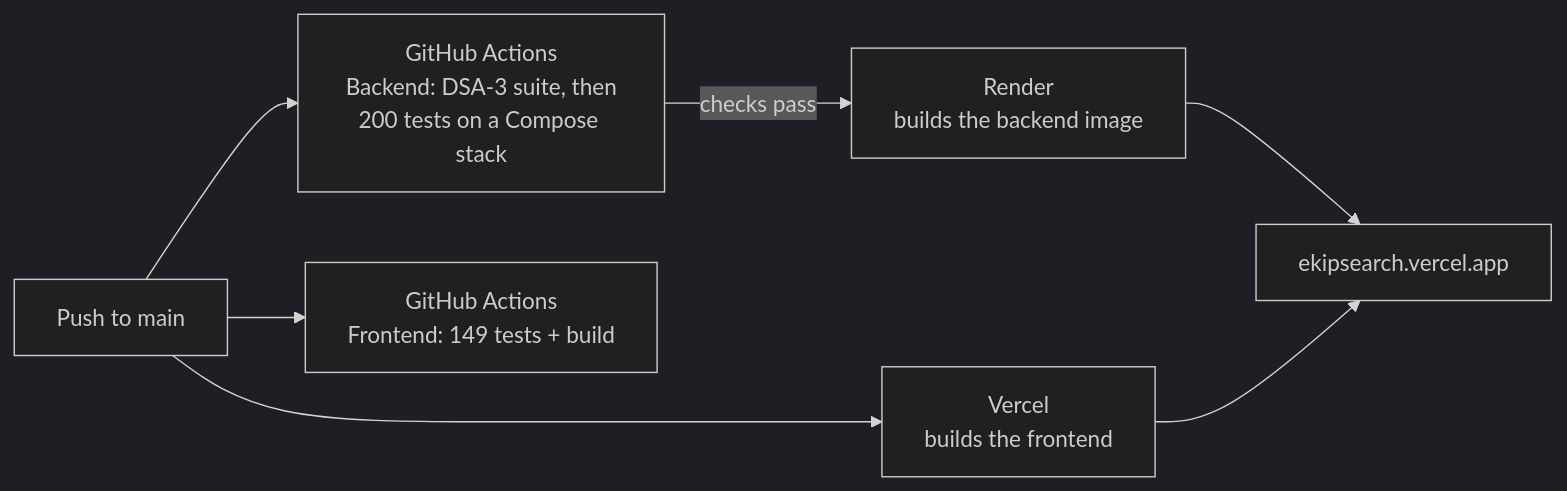
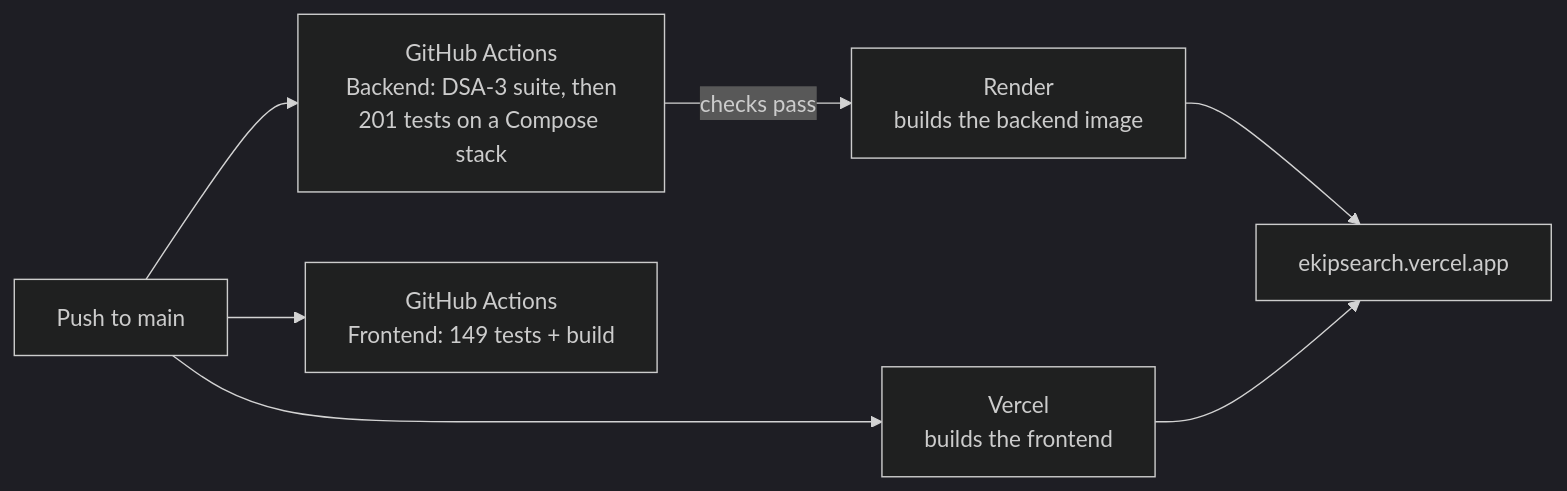
One commit to SathyaMaragani/Enterprise-Knowledge-Intelligence-Platform changed the seventh of 7 diagrams in docs/PROJECT_OVERVIEW.md. Above: the diagram before and after it, drawn with Mermaid (dark theme). The commit also changed other lines of this file and 6 other files, not shown here.

````diff
--- a/docs/PROJECT_OVERVIEW.md
+++ b/docs/PROJECT_OVERVIEW.md
@@ -357,9 +357,9 @@
 ```mermaid
 flowchart LR
-    GH[Push to main] --> CI1[GitHub Actions<br/>Backend: DSA-3 suite, then<br/>200 tests on a Compose stack]
+    GH[Push to main] --> CI1[GitHub Actions<br/>Backend: DSA-3 suite, then<br/>201 tests on a Compose stack]
     GH --> CI2[GitHub Actions<br/>Frontend: 149 tests + build]
     CI1 -->|checks pass| RD[Render<br/>builds the backend image]
     GH --> VC[Vercel<br/>builds the frontend]
     RD --> LIVE[ekipsearch.vercel.app]
     VC --> LIVE
 ```
````
